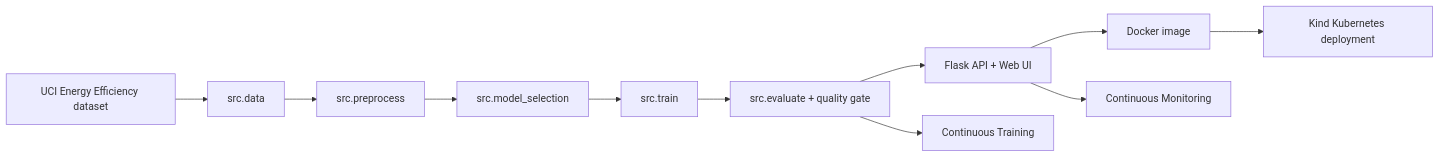
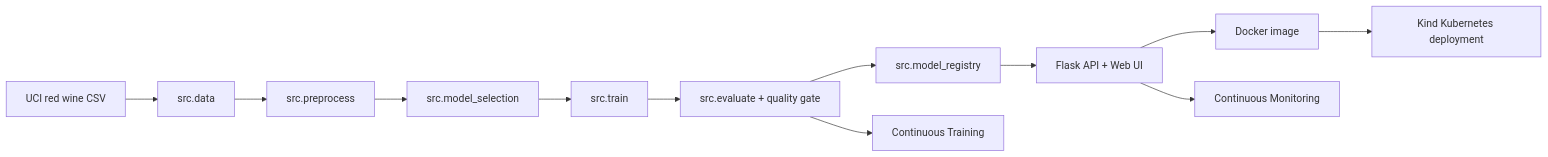
One commit to lorcan973232/mlops-metro-traffic-volume-pipeline changed the diagram in README.md. Above: the diagram before and after it, drawn with Mermaid. The commit also changed other lines of this file and 52 other files, not shown here.

````diff
--- a/README.md
+++ b/README.md
@@ -81,13 +123,14 @@
 ```mermaid
 flowchart LR
-  A["UCI Energy Efficiency dataset"] --> B["src.data"]
+  A["UCI red wine CSV"] --> B["src.data"]
   B --> C["src.preprocess"]
   C --> D["src.model_selection"]
   D --> E["src.train"]
   E --> F["src.evaluate + quality gate"]
-  F --> G["Flask API + Web UI"]
-  G --> H["Docker image"]
-  H --> I["Kind Kubernetes deployment"]
-  F --> J["Continuous Training"]
-  G --> K["Continuous Monitoring"]
+  F --> G["src.model_registry"]
+  G --> H["Flask API + Web UI"]
+  H --> I["Docker image"]
+  I --> J["Kind Kubernetes deployment"]
+  F --> K["Continuous Training"]
+  H --> L["Continuous Monitoring"]
 ```
````
